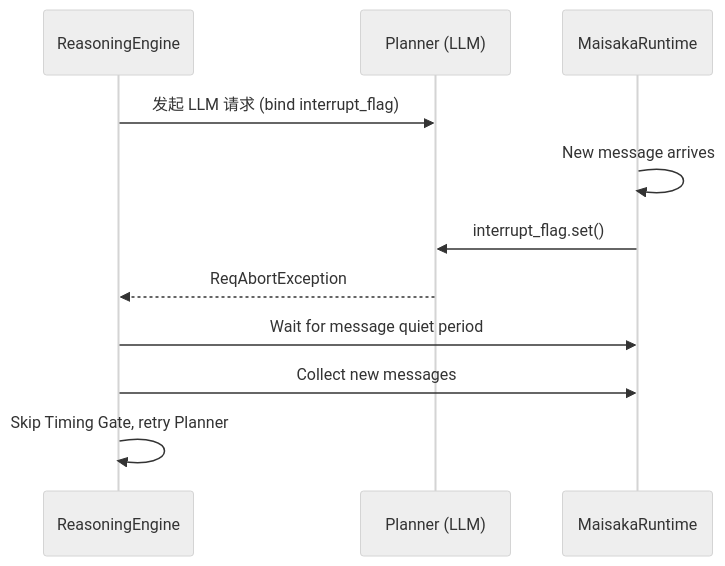
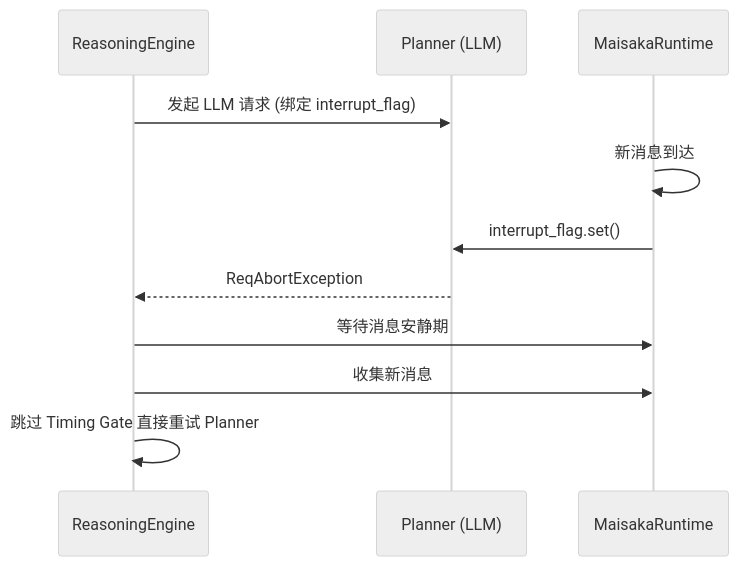
The fifth of 9 diagrams in en/develop/architecture/maisaka-reasoning.md (DrSmoothl/docs), drawn with Mermaid (neutral theme) before and after one commit. The commit also changed other lines of this file and 50 other files, not shown here.

````diff
--- a/en/develop/architecture/maisaka-reasoning.md
+++ b/en/develop/architecture/maisaka-reasoning.md
@@ -210,14 +208,14 @@
 ```mermaid
 sequenceDiagram
     participant R as ReasoningEngine
     participant P as Planner (LLM)
     participant M as MaisakaRuntime
 
-    R->>P:发起 LLM 请求 (bind interrupt_flag)
-    M->>M: New message arrives
+    R->>P: 发起 LLM 请求 (绑定 interrupt_flag)
+    M->>M: 新消息到达
     M->>P: interrupt_flag.set()
     P-->>R: ReqAbortException
-    R->>M: Wait for message quiet period
-    R->>M: Collect new messages
-    R->>R: Skip Timing Gate, retry Planner
+    R->>M: 等待消息安静期
+    R->>M: 收集新消息
+    R->>R: 跳过 Timing Gate 直接重试 Planner
 ```
````
